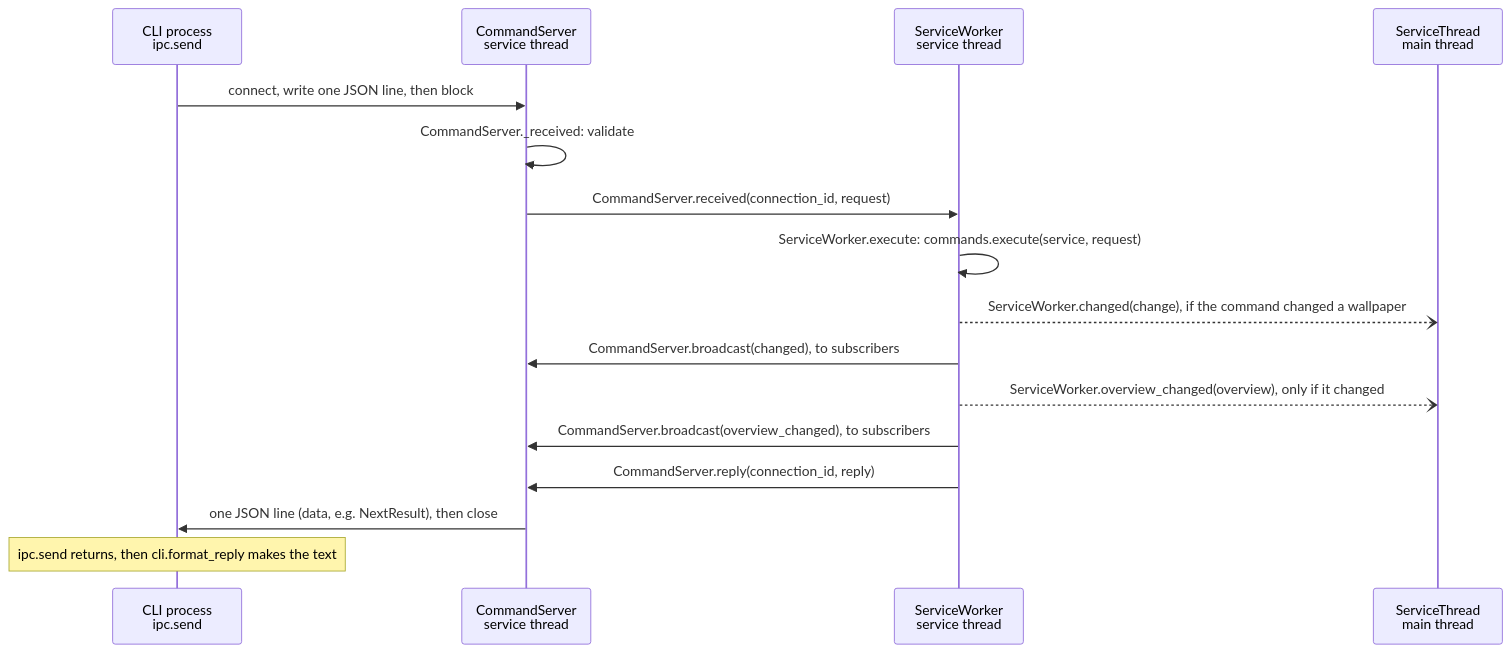
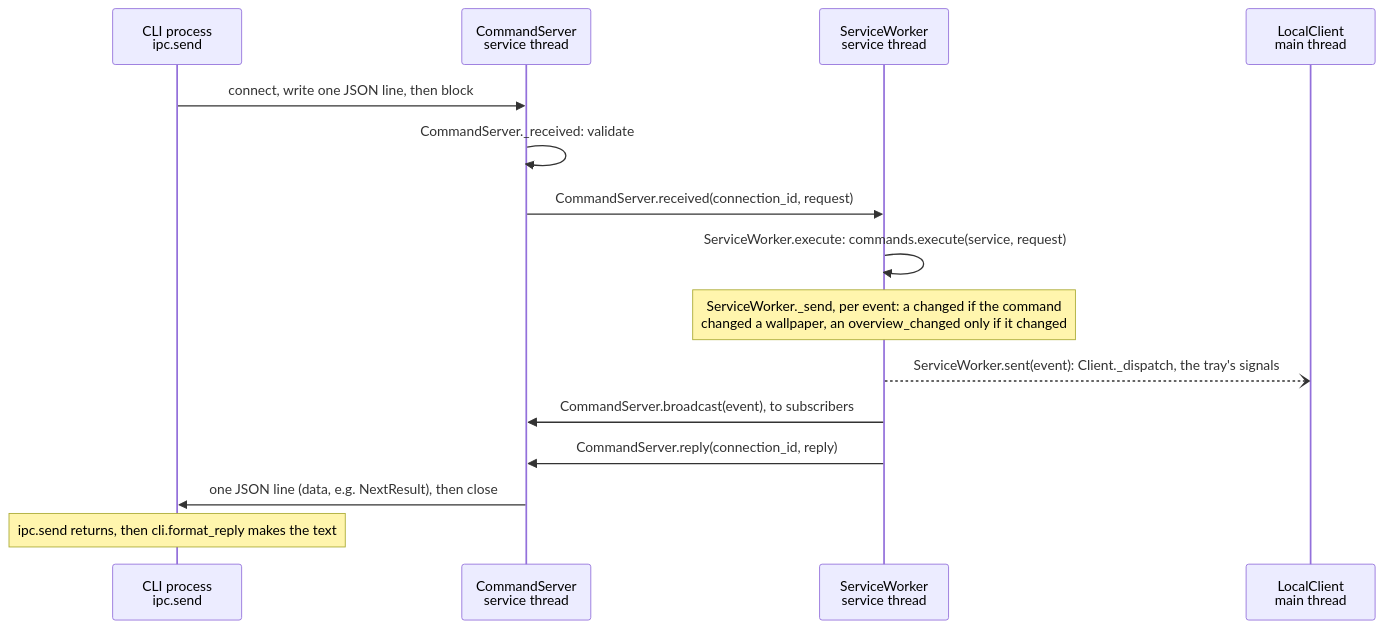
One commit to cheshire0xff/wallpaper_py changed the second of 10 diagrams in docs/app-wiring.md. Above: the diagram before and after it, drawn with Mermaid. The commit also changed other lines of this file and 19 other files, not shown here.

First line of the commit message:
Simplification step 3a: The tray on Client

````diff
--- a/docs/app-wiring.md
+++ b/docs/app-wiring.md
@@ -84,19 +86,18 @@
 ```mermaid
 sequenceDiagram
     participant CLI as CLI process<br/>ipc.send
     participant S as CommandServer<br/>service thread
     participant W as ServiceWorker<br/>service thread
-    participant H as ServiceThread<br/>main thread
+    participant L as LocalClient<br/>main thread
 
     CLI->>S: connect, write one JSON line, then block
     S->>S: CommandServer._received: validate
     S->>W: CommandServer.received(connection_id, request)
     W->>W: ServiceWorker.execute: commands.execute(service, request)
-    W--)H: ServiceWorker.changed(change), if the command changed a wallpaper
-    W->>S: CommandServer.broadcast(changed), to subscribers
-    W--)H: ServiceWorker.overview_changed(overview), only if it changed
-    W->>S: CommandServer.broadcast(overview_changed), to subscribers
+    Note over W: ServiceWorker._send, per event: a changed if the command<br/>changed a wallpaper, an overview_changed only if it changed
+    W--)L: ServiceWorker.sent(event): Client._dispatch, the tray's signals
+    W->>S: CommandServer.broadcast(event), to subscribers
     W->>S: CommandServer.reply(connection_id, reply)
     S->>CLI: one JSON line (data, e.g. NextResult), then close
     Note over CLI: ipc.send returns, then cli.format_reply makes the text
 ```
````
